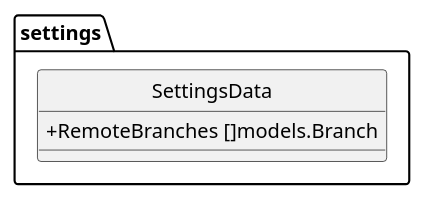
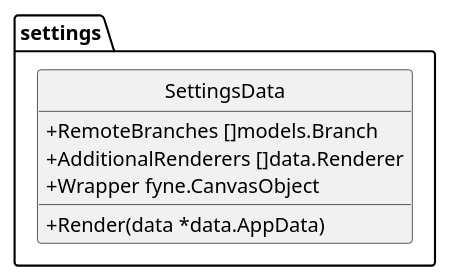
One commit to imdar1/GitMonitor changed the diagram in docs/res/modules/settings.pu. Above: the diagram before and after it, drawn with PlantUML. The commit also changed 12 other files, not shown here.

```diff
--- a/docs/res/modules/settings.pu
+++ b/docs/res/modules/settings.pu
@@ -1,15 +1,19 @@
 @startuml
 top to bottom direction
 skinparam classAttributeIconSize 0
 skinparam DefaultFontName Arial
 skinparam DefaultFontSize 14
 skinparam monochrome true
 hide circle
 
 namespace settings {
     class SettingsData << (S,Aquamarine) >> {
         + RemoteBranches []models.Branch
+        + AdditionalRenderers []data.Renderer
+        + Wrapper fyne.CanvasObject
+
+        + Render(data *data.AppData) 
 
     }
 }
 @enduml
```
